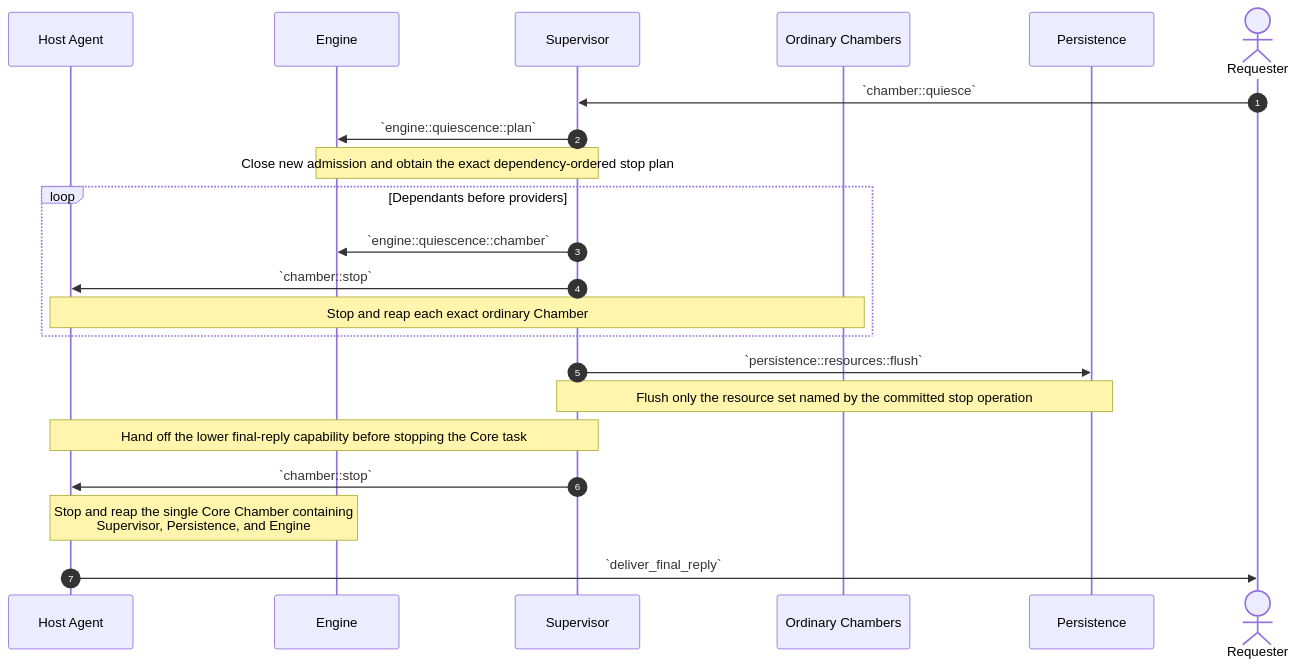
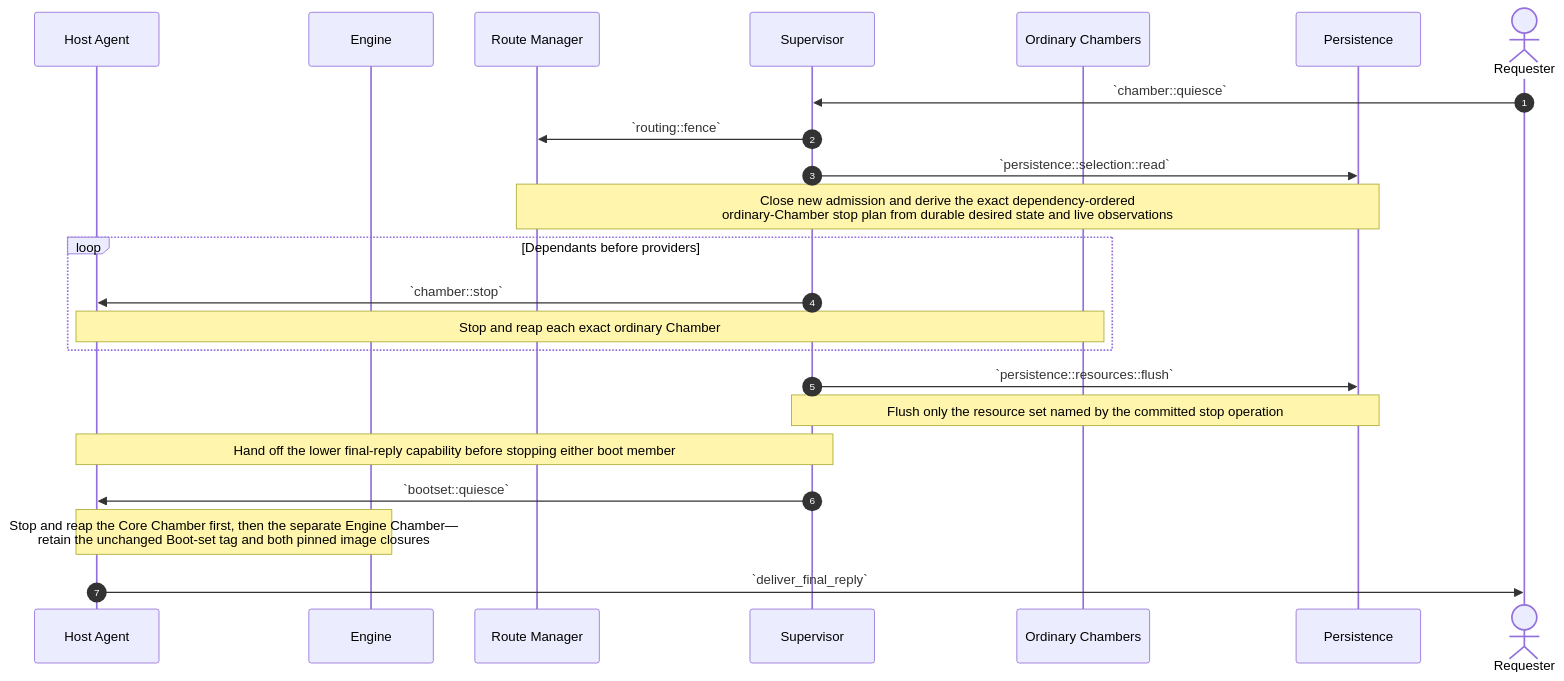
Diagram 14 of 15 in source/chambers-lifecycle-sequences.md (dreamcatcher-tech/chambers-lifecycle-explorer), drawn with Mermaid before and after one commit. The commit also changed other lines of this file and 8 other files, not shown here.

Commit message:
docs: publish Engine-first Core Covenant lifecycle

````diff
--- a/source/chambers-lifecycle-sequences.md
+++ b/source/chambers-lifecycle-sequences.md
@@ -1177,27 +1276,28 @@
 ```mermaid
 sequenceDiagram
     autonumber
     participant HostAgent as Host Agent
     participant Engine
+    participant RouteManager as Route Manager
     participant Supervisor
     participant Members as Ordinary Chambers
     participant Persistence
     actor Requester
 
     Requester->>Supervisor: `chamber::quiesce`
-    Supervisor->>Engine: `engine::quiescence::plan`
-    Note over Supervisor,Engine: Close new admission and obtain the exact dependency-ordered stop plan
+    Supervisor->>RouteManager: `routing::fence`
+    Supervisor->>Persistence: `persistence::selection::read`
+    Note over RouteManager,Persistence: Close new admission and derive the exact dependency-ordered<br/>ordinary-Chamber stop plan from durable desired state and live observations
 
     loop Dependants before providers
-        Supervisor->>Engine: `engine::quiescence::chamber`
         Supervisor->>HostAgent: `chamber::stop`
         Note over HostAgent,Members: Stop and reap each exact ordinary Chamber
     end
 
     Supervisor->>Persistence: `persistence::resources::flush`
     Note over Supervisor,Persistence: Flush only the resource set named by the committed stop operation
-    Note over Supervisor,HostAgent: Hand off the lower final-reply capability before stopping the Core task
-    Supervisor->>HostAgent: `chamber::stop`
-    Note over HostAgent,Engine: Stop and reap the single Core Chamber containing<br/>Supervisor, Persistence, and Engine
+    Note over Supervisor,HostAgent: Hand off the lower final-reply capability before stopping either boot member
+    Supervisor->>HostAgent: `bootset::quiesce`
+    Note over HostAgent,Engine: Stop and reap the Core Chamber first, then the separate Engine Chamber—<br/>retain the unchanged Boot-set tag and both pinned image closures
     HostAgent->>Requester: `deliver_final_reply`
 ```
````
